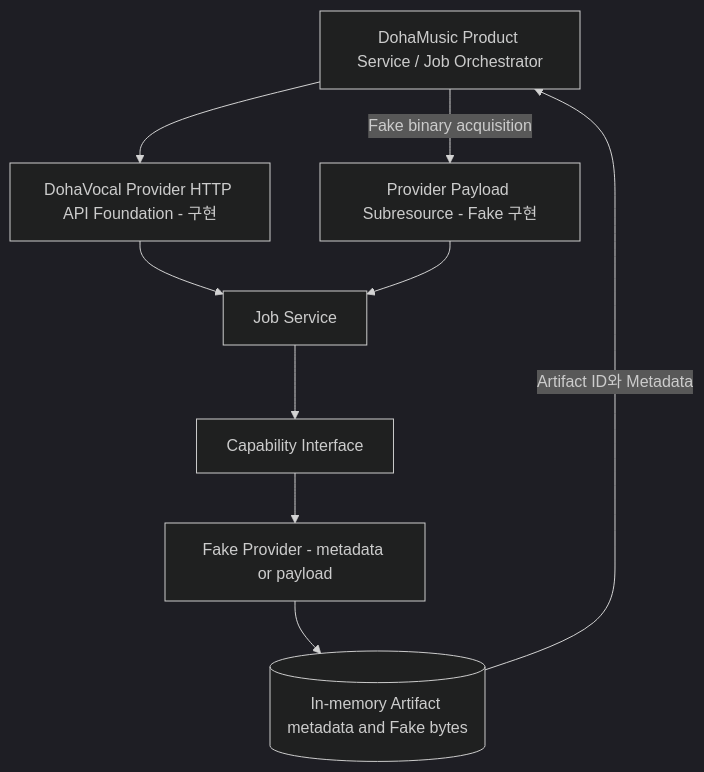
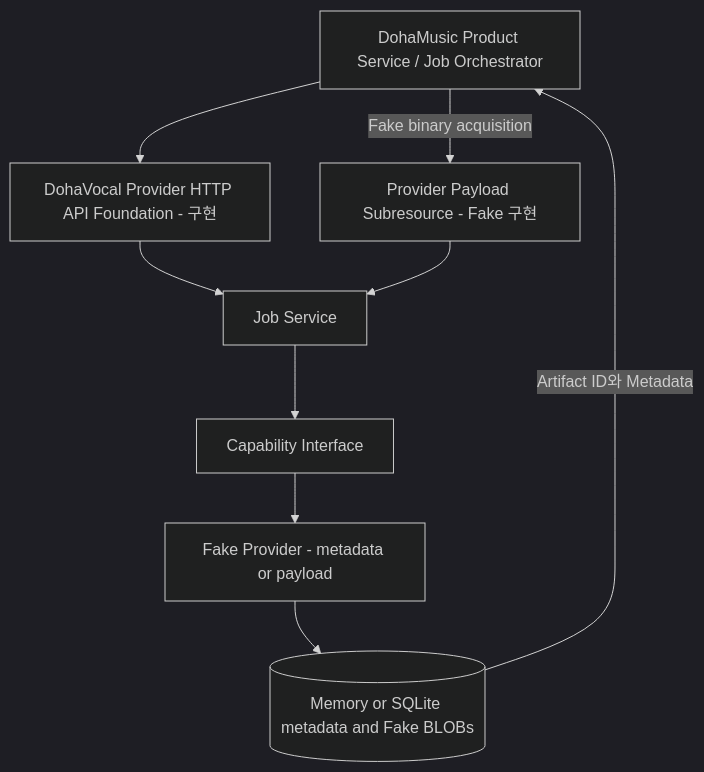
Before and after one commit to DohaStudio/DohaVocal: the diagram in docs/03-architecture/system-architecture.md, drawn with Mermaid (dark theme). The commit also changed other lines of this file and 29 other files, not shown here.

````diff
--- a/docs/03-architecture/system-architecture.md
+++ b/docs/03-architecture/system-architecture.md
@@ -5,15 +5,15 @@
 ```mermaid
 flowchart TB
     DM[DohaMusic Product Service / Job Orchestrator]
     API[DohaVocal Provider HTTP API Foundation - 구현]
     APP[Job Service]
     CAP[Capability Interface]
     ADP[Fake Provider - metadata or payload]
-    ART[(In-memory Artifact metadata and Fake bytes)]
+    ART[(Memory or SQLite metadata and Fake BLOBs)]
     PAY[Provider Payload Subresource - Fake 구현]
 
     DM --> API --> APP --> CAP --> ADP --> ART
     ART -->|Artifact ID와 Metadata| DM
     DM -->|Fake binary acquisition| PAY
     PAY --> APP
 ```
````
